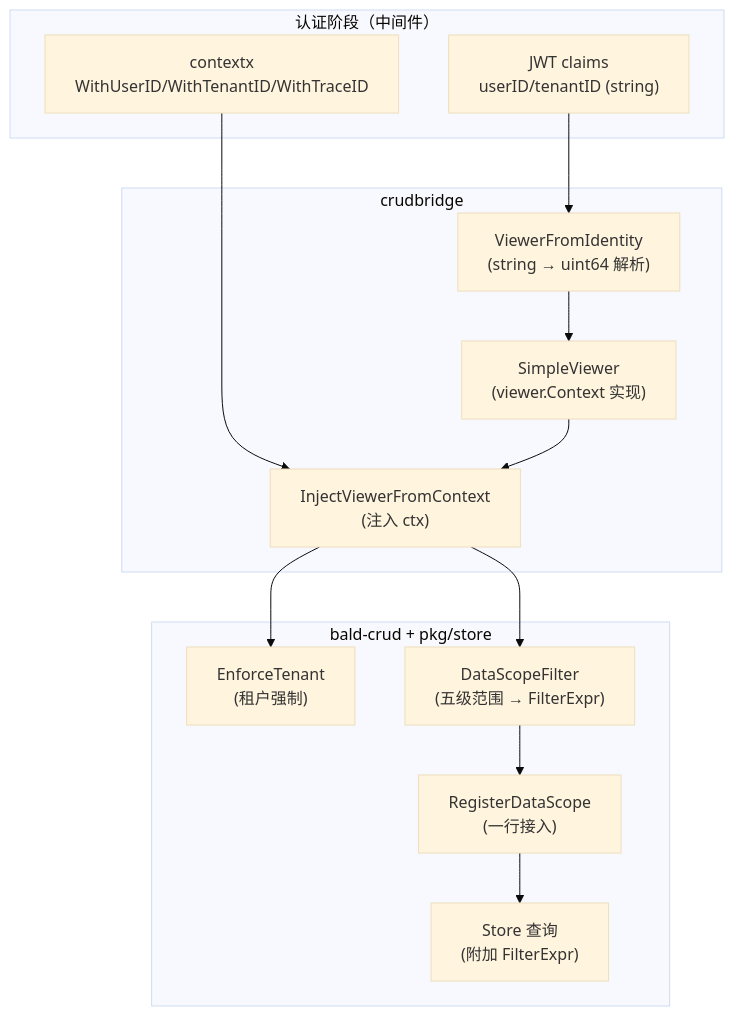
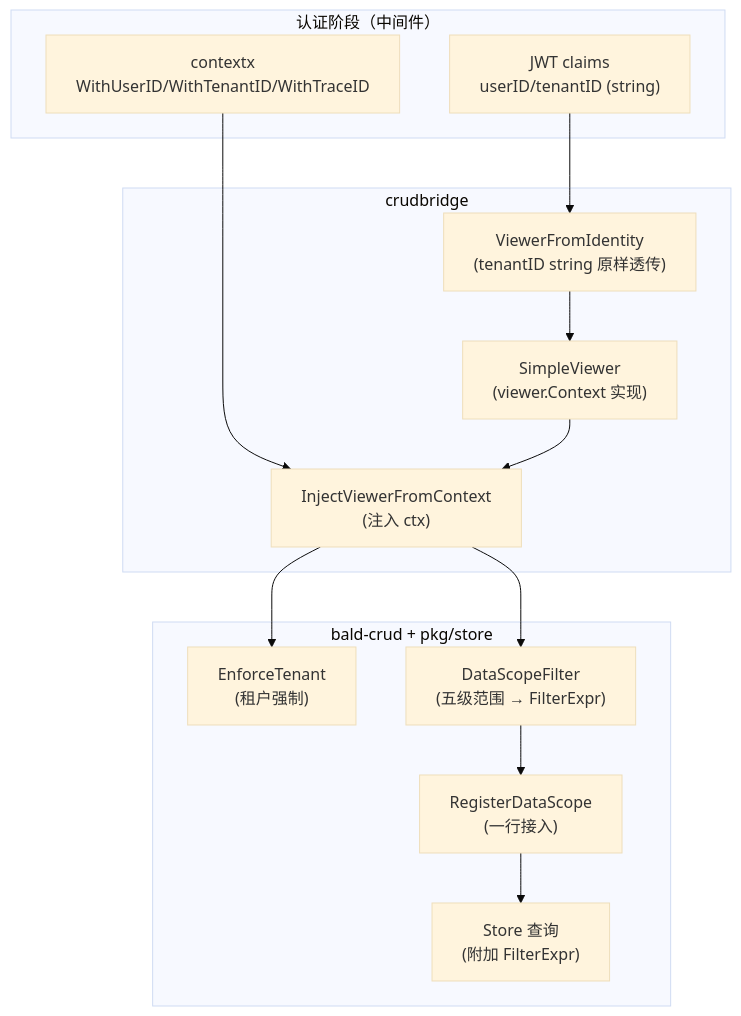
Before and after one commit to kalandramo/bald: the diagram in docs/devel/zh-CN/Bald CRUD 桥接设计.md, drawn with Mermaid (base theme). The commit also changed other lines of this file and 4 other files, not shown here.

````diff
--- a/docs/devel/zh-CN/Bald CRUD 桥接设计.md
+++ b/docs/devel/zh-CN/Bald CRUD 桥接设计.md
@@ -44,29 +48,29 @@
 ```mermaid
 flowchart TB
     subgraph 认证["认证阶段（中间件）"]
         JWT["JWT claims<br/>userID/tenantID (string)"]
         CTX["contextx<br/>WithUserID/WithTenantID/WithTraceID"]
     end
 
     subgraph 桥接["crudbridge"]
-        VFI["ViewerFromIdentity<br/>(string → uint64 解析)"]
+        VFI["ViewerFromIdentity<br/>(tenantID string 原样透传)"]
         SV["SimpleViewer<br/>(viewer.Context 实现)"]
         INJ["InjectViewerFromContext<br/>(注入 ctx)"]
     end
 
     subgraph 数据层["bald-crud + pkg/store"]
         ENF["EnforceTenant<br/>(租户强制)"]
         DSF["DataScopeFilter<br/>(五级范围 → FilterExpr)"]
         REG["RegisterDataScope<br/>(一行接入)"]
         Q["Store 查询<br/>(附加 FilterExpr)"]
     end
 
     JWT --> VFI
     CTX --> INJ
     VFI --> SV
     SV --> INJ
     INJ --> ENF
     INJ --> DSF
     DSF --> REG
     REG --> Q
 ```
````
